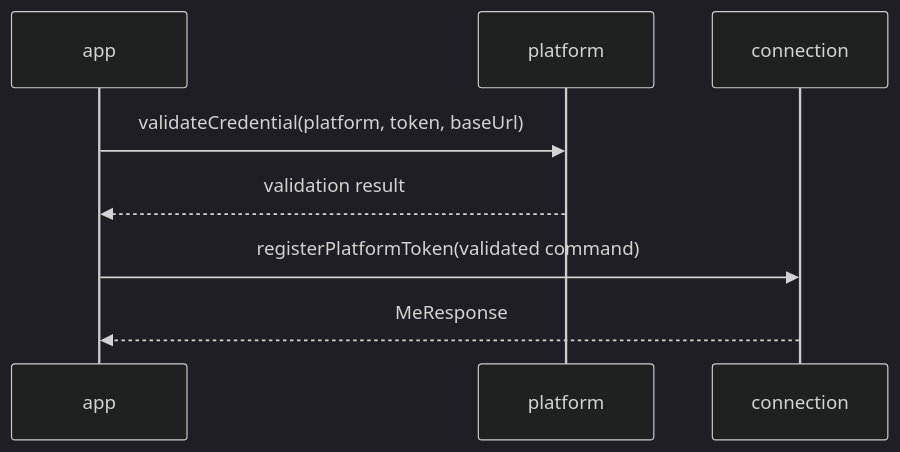
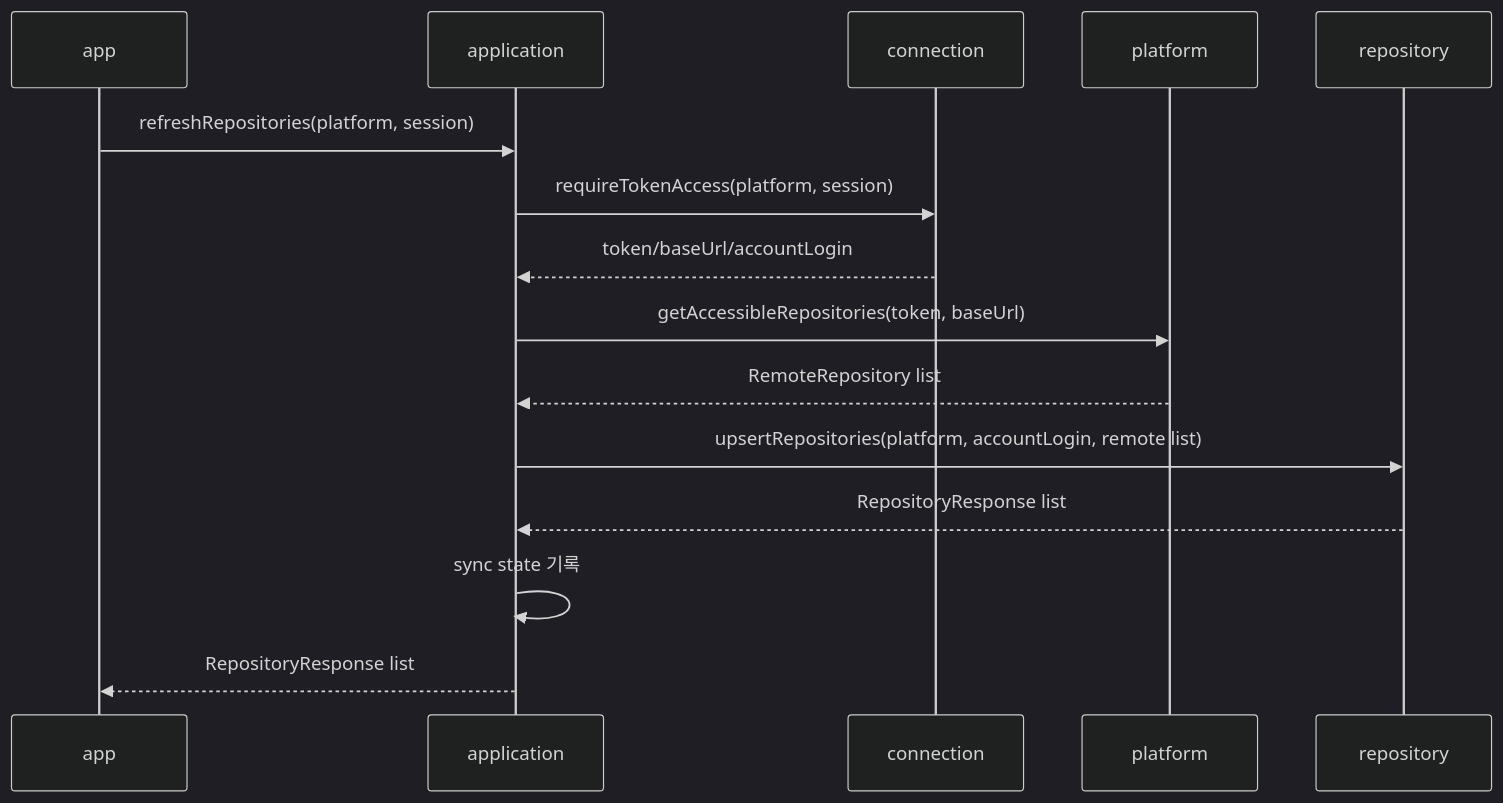
One commit to Jungwoook/github-issue-manager changed the second of 2 diagrams in docs/05-platform-module-service-structure.md. Above: the diagram before and after it, drawn with Mermaid (dark theme). The commit also changed other lines of this file and 10 other files, not shown here.

````diff
--- a/docs/05-platform-module-service-structure.md
+++ b/docs/05-platform-module-service-structure.md
@@ -59,11 +71,18 @@
 ```mermaid
 sequenceDiagram
     participant App as app
+    participant Application as application
+    participant Connection as connection
     participant Platform as platform
-    participant Connection as connection
+    participant Repository as repository
 
-    App->>Platform: validateCredential(platform, token, baseUrl)
-    Platform-->>App: validation result
-    App->>Connection: registerPlatformToken(validated command)
-    Connection-->>App: MeResponse
+    App->>Application: refreshRepositories(platform, session)
+    Application->>Connection: requireTokenAccess(platform, session)
+    Connection-->>Application: token/baseUrl/accountLogin
+    Application->>Platform: getAccessibleRepositories(token, baseUrl)
+    Platform-->>Application: RemoteRepository list
+    Application->>Repository: upsertRepositories(platform, accountLogin, remote list)
+    Repository-->>Application: RepositoryResponse list
+    Application->>Application: sync state 기록
+    Application-->>App: RepositoryResponse list
 ```
````
